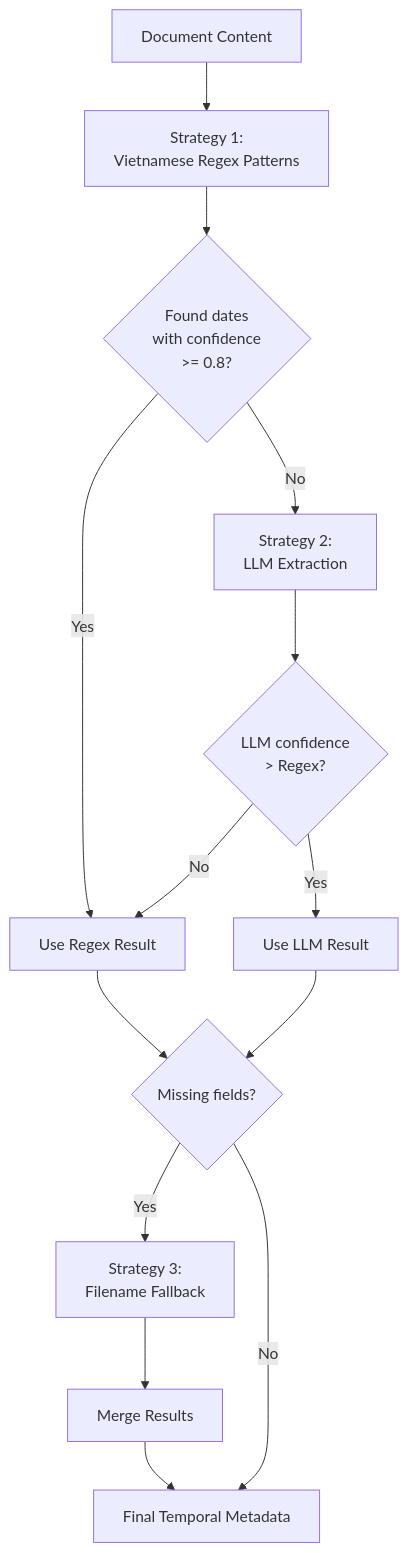
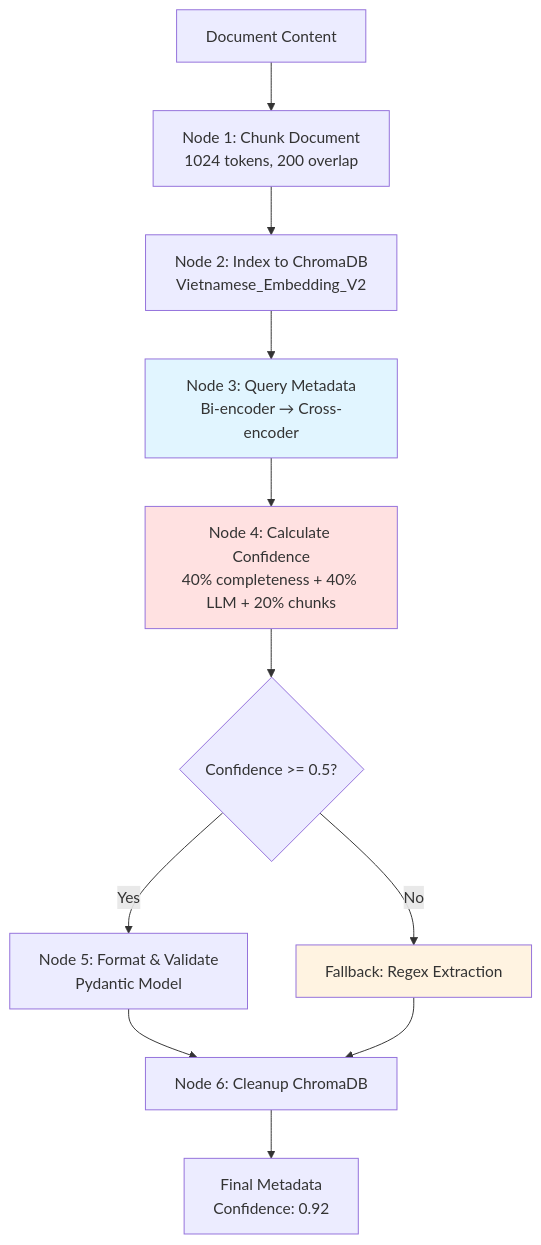
One commit to Jajajou/UIT_DOCS_AGENT changed the fourth of 9 diagrams in docs/thesis/TECHNICAL_REPORT_COMPREHENSIVE.md. Above: the diagram before and after it, drawn with Mermaid. The commit also changed other lines of this file, not shown here.

````diff
--- a/docs/thesis/TECHNICAL_REPORT_COMPREHENSIVE.md
+++ b/docs/thesis/TECHNICAL_REPORT_COMPREHENSIVE.md
@@ -440,16 +450,17 @@
 ```mermaid
 graph TD
-    A[Document Content] --> B[Strategy 1:<br/>Vietnamese Regex Patterns]
-    B --> C{Found dates<br/>with confidence<br/>>= 0.8?}
-    C -->|Yes| D[Use Regex Result]
-    C -->|No| E[Strategy 2:<br/>LLM Extraction]
-    E --> F{LLM confidence<br/>> Regex?}
-    F -->|Yes| G[Use LLM Result]
-    F -->|No| D
-    D --> H{Missing fields?}
-    G --> H
-    H -->|Yes| I[Strategy 3:<br/>Filename Fallback]
-    I --> J[Merge Results]
-    J --> K[Final Temporal Metadata]
-    H -->|No| K
+    A[Document Content] --> B[Node 1: Chunk Document<br/>1024 tokens, 200 overlap]
+    B --> C[Node 2: Index to ChromaDB<br/>Vietnamese_Embedding_V2]
+    C --> D[Node 3: Query Metadata<br/>Bi-encoder → Cross-encoder]
+    D --> E[Node 4: Calculate Confidence<br/>40% completeness + 40% LLM + 20% chunks]
+    E --> F{Confidence >= 0.5?}
+    F -->|Yes| G[Node 5: Format & Validate<br/>Pydantic Model]
+    F -->|No| H[Fallback: Regex Extraction]
+    G --> I[Node 6: Cleanup ChromaDB]
+    H --> I
+    I --> J[Final Metadata<br/>Confidence: 0.92]
+
+    style D fill:#e1f5ff
+    style E fill:#ffe1e1
+    style H fill:#fff3e1
 ```
````
